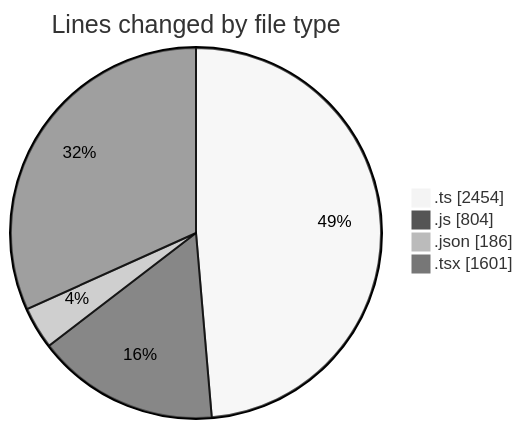
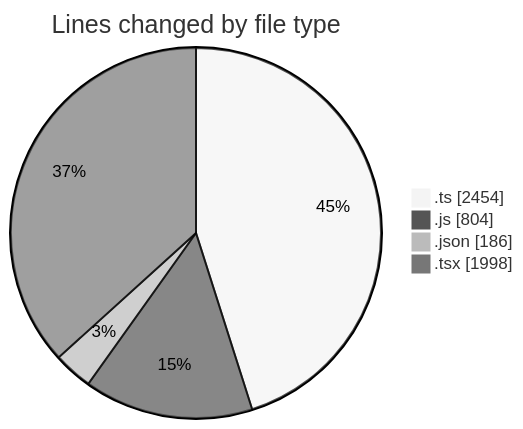
Before and after one commit to momahboobian/code-tracking: the first of 2 diagrams in 2026-06-18/cda/README.md, drawn with Mermaid (neutral theme). The commit also changed other lines of this file and 1 other file, not shown here.

````diff
--- a/2026-06-18/cda/README.md
+++ b/2026-06-18/cda/README.md
@@ -45,8 +48,8 @@
 ```mermaid
 pie showData
 title Lines changed by file type
 ".ts" : 2454
 ".js" : 804
 ".json" : 186
-".tsx" : 1601
+".tsx" : 1998
 ```
````
